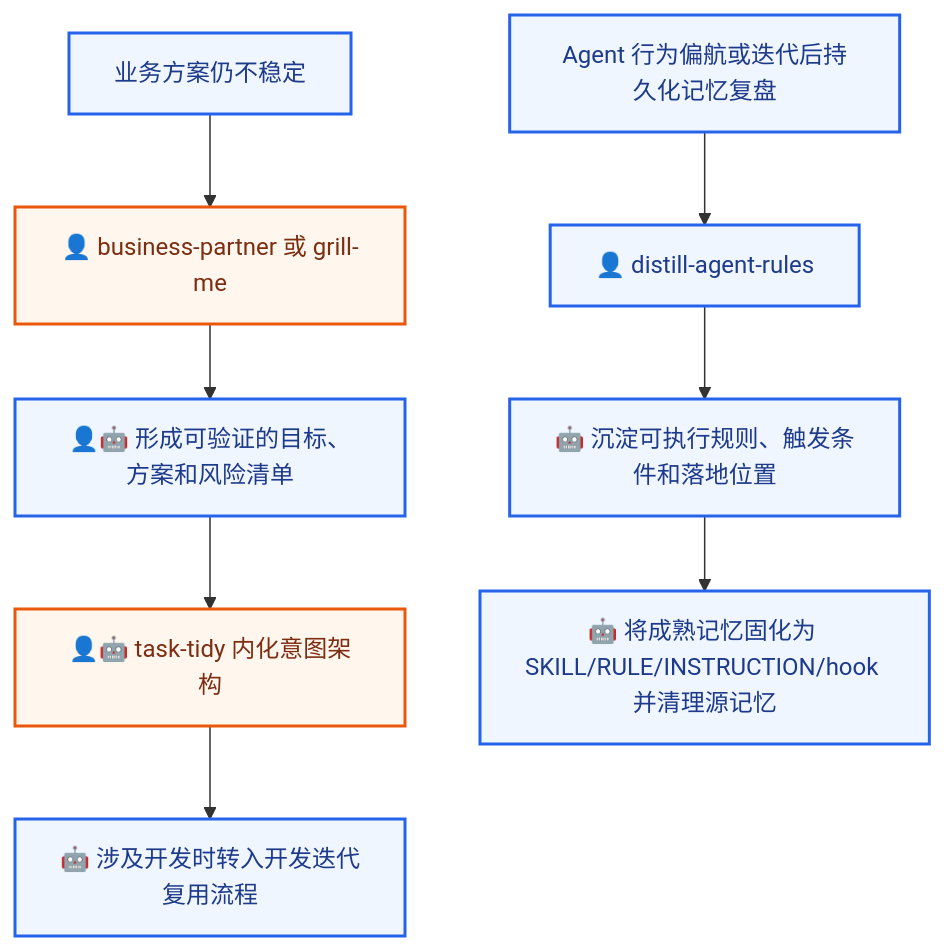
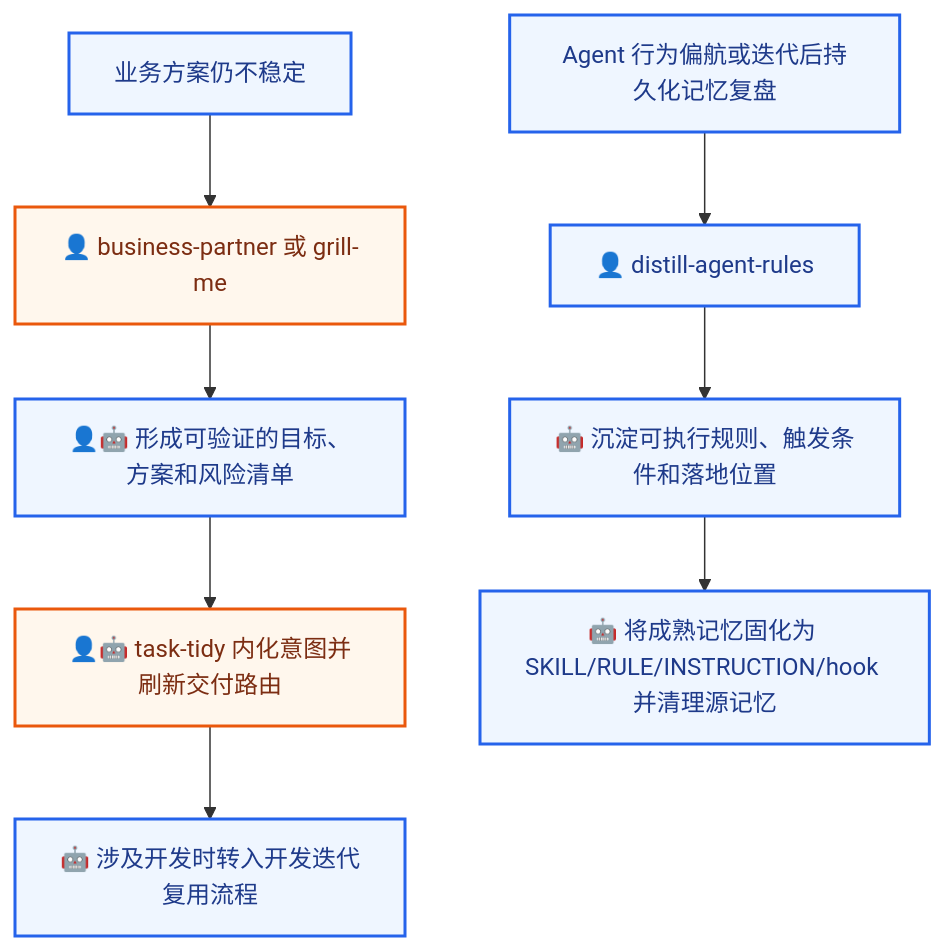
Before and after one commit to derekhu0002/Argo: the fifth of 5 diagrams in README.md, drawn with Mermaid. The commit also changed other lines of this file, not shown here.

````diff
--- a/README.md
+++ b/README.md
@@ -189,15 +189,15 @@
 ```mermaid
 flowchart TD
     A[业务方案仍不稳定] --> B[👤 business-partner 或 grill-me]
     B --> C[👤🤖 形成可验证的目标、方案和风险清单]
-    C --> D[👤🤖 task-tidy 内化意图架构]
+    C --> D[👤🤖 task-tidy 内化意图并刷新交付路由]
     D --> E[🤖 涉及开发时转入开发迭代复用流程]
 
     K[Agent 行为偏航或迭代后持久化记忆复盘] --> L[👤 distill-agent-rules]
     L --> M[🤖 沉淀可执行规则、触发条件和落地位置]
     M --> N[🤖 将成熟记忆固化为 SKILL/RULE/INSTRUCTION/hook 并清理源记忆]
     classDef human fill:#fff7ed,stroke:#ea580c,color:#7c2d12,stroke-width:2px
     classDef ai fill:#eff6ff,stroke:#2563eb,color:#1e3a8a,stroke-width:2px
     class B,D human
     class A,C,E,K,L,M,N ai
 ```
````
